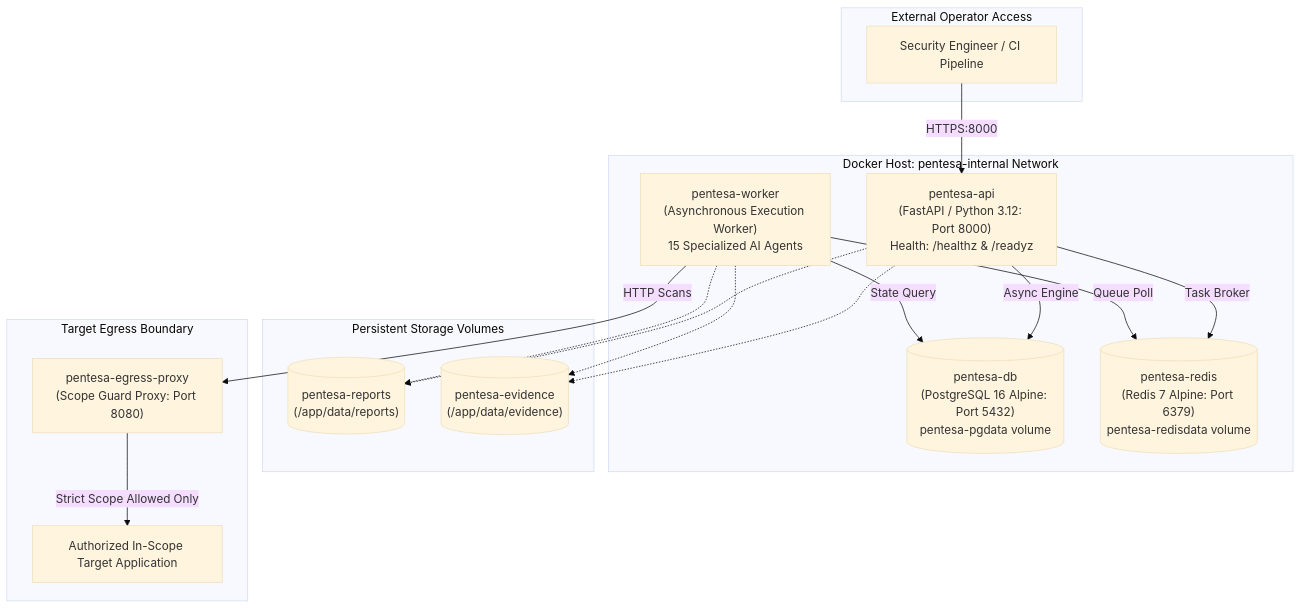
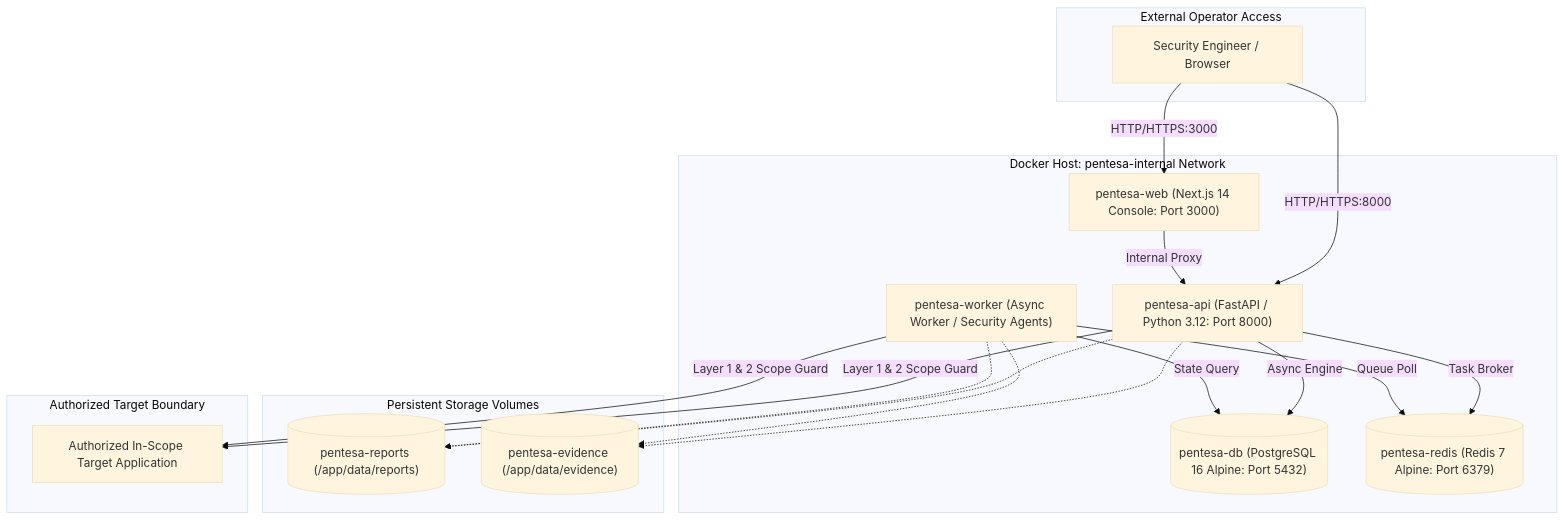
Before and after one commit to bayuaji732/pentesa: the diagram in docs/22-production-deployment-guide.md, drawn with Mermaid (base theme). The commit also changed other lines of this file and 59 other files, not shown here.

Commit message:
feat: implement core penetration testing agents, engines, API routers, and web dashboard

````diff
--- a/docs/22-production-deployment-guide.md
+++ b/docs/22-production-deployment-guide.md
@@ -82,35 +82,37 @@
 ```mermaid
 flowchart TB
     subgraph External Operator Access
-        SecEng[Security Engineer / CI Pipeline]
+        SecEng["Security Engineer / Browser"]
     end
 
     subgraph "Docker Host: pentesa-internal Network"
-        API["pentesa-api\n(FastAPI / Python 3.12: Port 8000)\nHealth: /healthz & /readyz"]
-        Worker["pentesa-worker\n(Asynchronous Execution Worker)\n15 Specialized AI Agents"]
-        Postgres[("pentesa-db\n(PostgreSQL 16 Alpine: Port 5432)\npentesa-pgdata volume")]
-        RedisQueue[("pentesa-redis\n(Redis 7 Alpine: Port 6379)\npentesa-redisdata volume")]
+        Web["pentesa-web (Next.js 14 Console: Port 3000)"]
+        API["pentesa-api (FastAPI / Python 3.12: Port 8000)"]
+        Worker["pentesa-worker (Async Worker / Security Agents)"]
+        Postgres[("pentesa-db (PostgreSQL 16 Alpine: Port 5432)")]
+        RedisQueue[("pentesa-redis (Redis 7 Alpine: Port 6379)")]
     end
 
     subgraph "Persistent Storage Volumes"
-        VolReports[("pentesa-reports\n(/app/data/reports)")]
-        VolEvidence[("pentesa-evidence\n(/app/data/evidence)")]
+        VolReports[("pentesa-reports (/app/data/reports)")]
+        VolEvidence[("pentesa-evidence (/app/data/evidence)")]
     end
 
-    subgraph "Target Egress Boundary"
-        EgressProxy["pentesa-egress-proxy\n(Scope Guard Proxy: Port 8080)"]
+    subgraph "Authorized Target Boundary"
         TargetApp["Authorized In-Scope Target Application"]
     end
 
-    SecEng -->|HTTPS:8000| API
+    SecEng -->|"HTTP/HTTPS:3000"| Web
+    SecEng -->|"HTTP/HTTPS:8000"| API
+    Web -->|"Internal Proxy"| API
     API -->|Async Engine| Postgres
     API -->|Task Broker| RedisQueue
     Worker -->|State Query| Postgres
     Worker -->|Queue Poll| RedisQueue
     API -.-> VolReports
     API -.-> VolEvidence
     Worker -.-> VolReports
     Worker -.-> VolEvidence
-    Worker -->|HTTP Scans| EgressProxy
-    EgressProxy -->|Strict Scope Allowed Only| TargetApp
+    API -->|"Layer 1 & 2 Scope Guard"| TargetApp
+    Worker -->|"Layer 1 & 2 Scope Guard"| TargetApp
 ```
````
